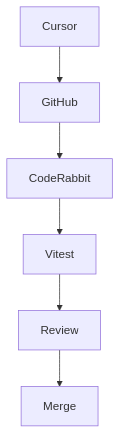
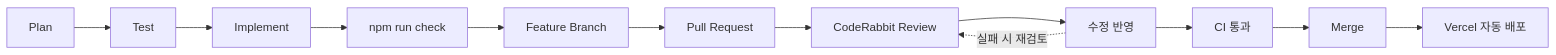
One commit to 4evergreentea-sudo/kb-fx-helper changed the third of 5 diagrams in docs/WORKFLOW.md. Above: the diagram before and after it, drawn with Mermaid. The commit also changed other lines of this file and 75 other files, not shown here.

````diff
--- a/docs/WORKFLOW.md
+++ b/docs/WORKFLOW.md
@@ -105,4 +105,7 @@
 ```mermaid
-flowchart TD
-    Cursor[Cursor] --> GitHub[GitHub] --> CodeRabbit[CodeRabbit] --> Vitest[Vitest] --> Review[Review] --> Merge[Merge]
+flowchart LR
+    Plan[Plan] --> Test[Test] --> Implement[Implement] --> Check["npm run check"]
+    Check --> Branch["Feature Branch"] --> PR["Pull Request"] --> CRB["CodeRabbit Review"]
+    CRB --> Fix["수정 반영"] --> CI["CI 통과"] --> Merge[Merge] --> Vercel["Vercel 자동 배포"]
+    Fix -.실패 시 재검토.-> CRB
 ```
````
